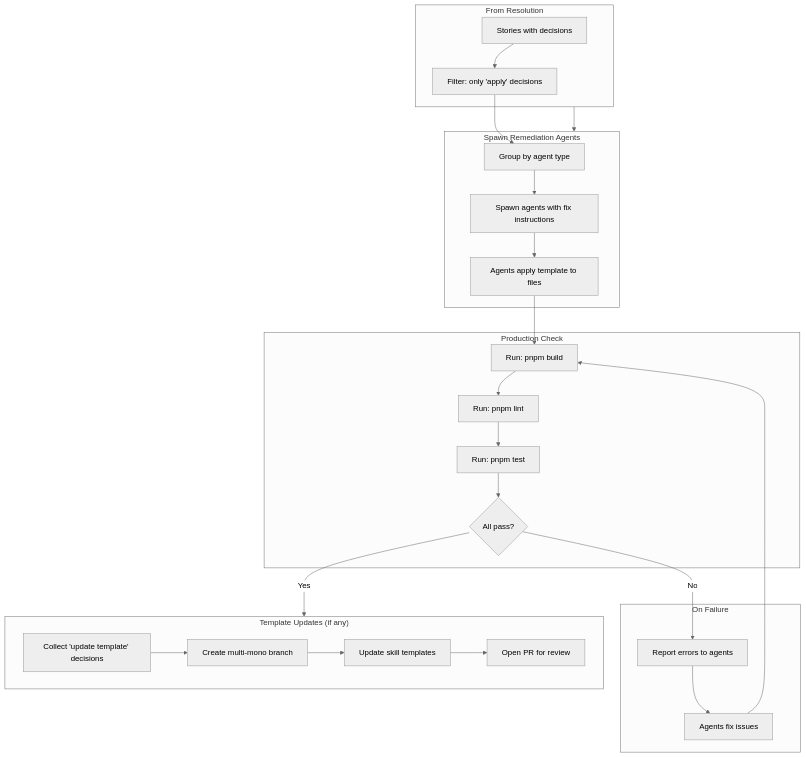
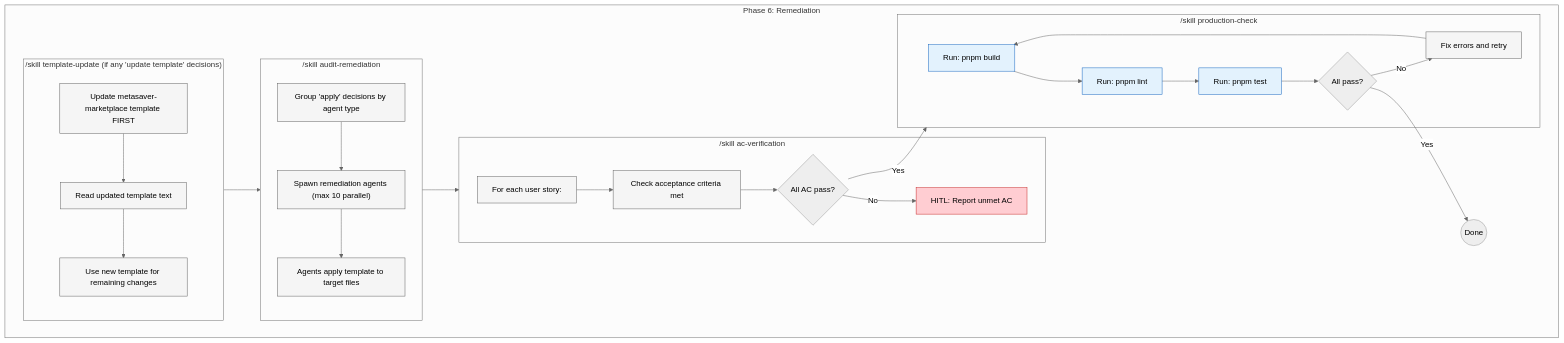
One commit to metasaver/metasaver-marketplace changed the eighth of 9 diagrams in docs/audit-command-target-state.md. Above: the diagram before and after it, drawn with Mermaid (neutral theme). The commit also changed other lines of this file and 5 other files, not shown here.

````diff
--- a/docs/audit-command-target-state.md
+++ b/docs/audit-command-target-state.md
@@ -456,42 +285,47 @@
 ```mermaid
 flowchart TB
-    subgraph Input["From Resolution"]
-        I1["Stories with decisions"]
-        I2["Filter: only 'apply' decisions"]
+    classDef skill fill:#fff8e1,stroke:#f57f17,stroke-width:2px
+    classDef step fill:#f5f5f5,stroke:#616161,stroke-width:1px
+    classDef validate fill:#e3f2fd,stroke:#1565c0,stroke-width:1px
+    classDef hitl fill:#ffcdd2,stroke:#c62828,stroke-width:1px
+
+    subgraph P6["Phase 6: Remediation"]
+
+        subgraph TPLFIRST["/skill template-update (if any 'update template' decisions)"]
+            T1["Update metasaver-marketplace template FIRST"]:::step
+            T2["Read updated template text"]:::step
+            T3["Use new template for remaining changes"]:::step
+            T1 --> T2 --> T3
+        end
+
+        subgraph APPLY["/skill audit-remediation"]
+            A1["Group 'apply' decisions by agent type"]:::step
+            A2["Spawn remediation agents (max 10 parallel)"]:::step
+            A3["Agents apply template to target files"]:::step
+            A1 --> A2 --> A3
+        end
+
+        subgraph VERIFY["/skill ac-verification"]
+            V1["For each user story:"]:::step
+            V2["Check acceptance criteria met"]:::step
+            V3{"All AC pass?"}
+            V4["HITL: Report unmet AC"]:::hitl
+            V1 --> V2 --> V3
+            V3 -->|No| V4
+        end
+
+        subgraph VALIDATE["/skill production-check"]
+            P1["Run: pnpm build"]:::validate
+            P2["Run: pnpm lint"]:::validate
+            P3["Run: pnpm test"]:::validate
+            P4{"All pass?"}
+            P5["Fix errors and retry"]:::step
+            P1 --> P2 --> P3 --> P4
+            P4 -->|No| P5 --> P1
+        end
+
+        TPLFIRST --> APPLY --> VERIFY
+        V3 -->|Yes| VALIDATE
+        P4 -->|Yes| OUT((Done))
     end
-
-    subgraph Spawn["Spawn Remediation Agents"]
-        S1["Group by agent type"]
-        S2["Spawn agents with fix instructions"]
-        S3["Agents apply template to files"]
-    end
-
-    subgraph Validate["Production Check"]
-        V1["Run: pnpm build"]
-        V2["Run: pnpm lint"]
-        V3["Run: pnpm test"]
-        V4{"All pass?"}
-    end
-
-    subgraph Retry["On Failure"]
-        R1["Report errors to agents"]
-        R2["Agents fix issues"]
-    end
-
-    subgraph TemplateUpdates["Template Updates (if any)"]
-        T1["Collect 'update template' decisions"]
-        T2["Create multi-mono branch"]
-        T3["Update skill templates"]
-        T4["Open PR for review"]
-    end
-
-    Input --> Spawn
-    I1 --> I2 --> S1
-    S1 --> S2 --> S3
-    S3 --> V1
-    V1 --> V2 --> V3 --> V4
-    V4 -->|"No"| R1
-    R1 --> R2 --> V1
-    V4 -->|"Yes"| TemplateUpdates
-    T1 --> T2 --> T3 --> T4
 ```
````
